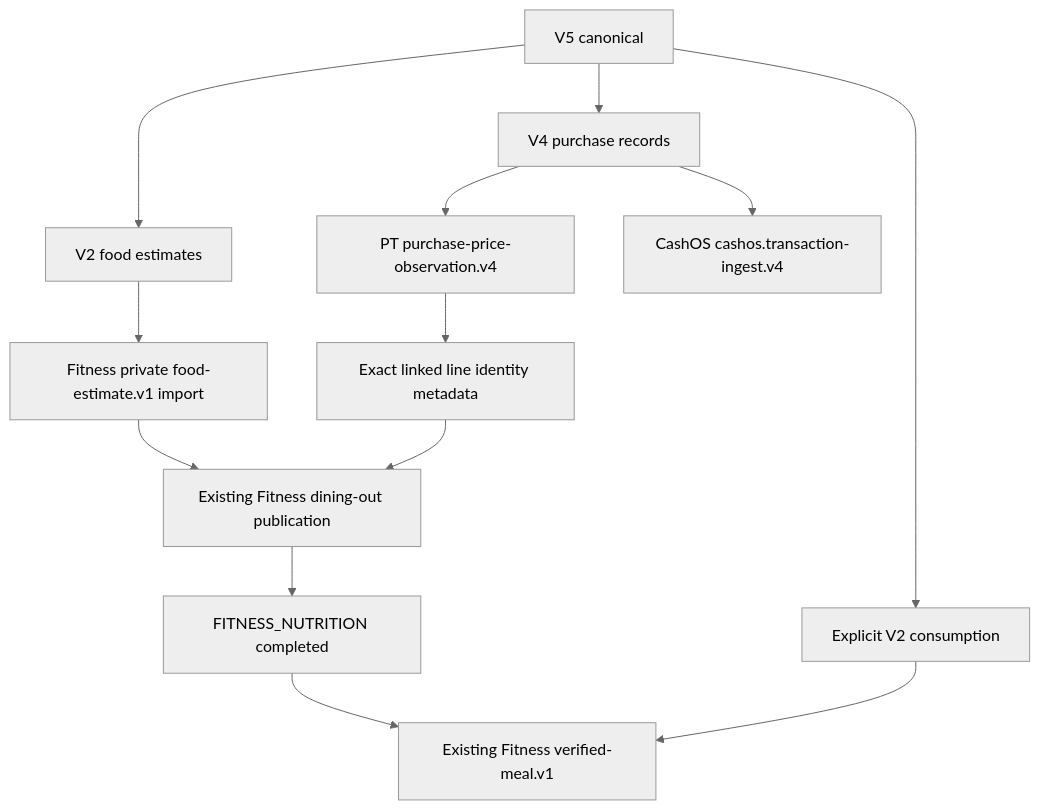
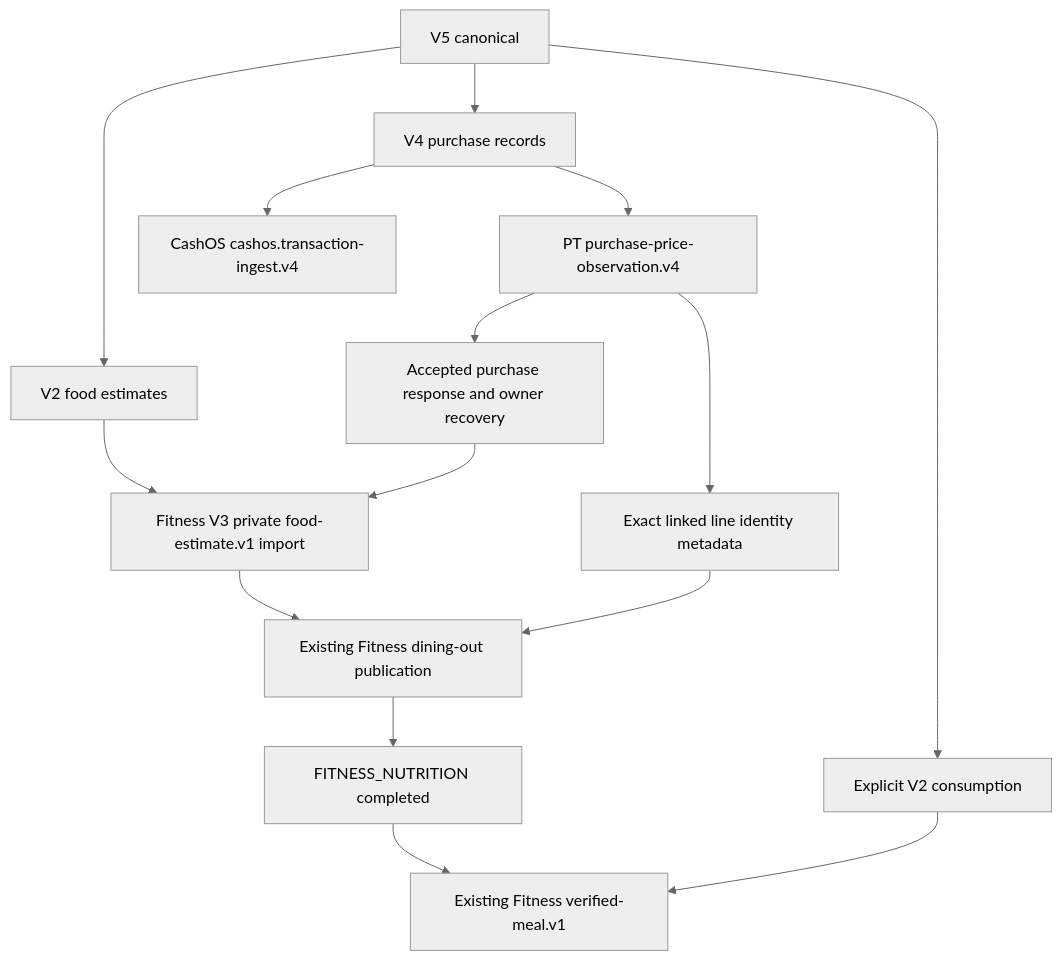
One commit to Yeon-sik/OCR-App changed the diagram in docs/YEONSIK_OCR_V5_RESTAURANT_PURCHASE.md. Above: the diagram before and after it, drawn with Mermaid (neutral theme). The commit also changed other lines of this file and 10 other files, not shown here.

````diff
--- a/docs/YEONSIK_OCR_V5_RESTAURANT_PURCHASE.md
+++ b/docs/YEONSIK_OCR_V5_RESTAURANT_PURCHASE.md
@@ -52,15 +52,17 @@
 ```mermaid
 flowchart TD
   C[V5 canonical] --> P[V4 purchase records]
   C --> N[V2 food estimates]
   C --> U[Explicit V2 consumption]
   P --> PT[PT purchase-price-observation.v4]
   P --> Cash[CashOS cashos.transaction-ingest.v4]
-  N --> Private[Fitness private food-estimate.v1 import]
+  N --> Private[Fitness V3 private food-estimate.v1 import]
+  PT --> Accepted[Accepted purchase response and owner recovery]
+  Accepted --> Private
   PT --> Exact[Exact linked line identity metadata]
   Private --> Public[Existing Fitness dining-out publication]
   Exact --> Public
   Public --> Complete[FITNESS_NUTRITION completed]
   Complete --> Meal[Existing Fitness verified-meal.v1]
   U --> Meal
 ```
````
